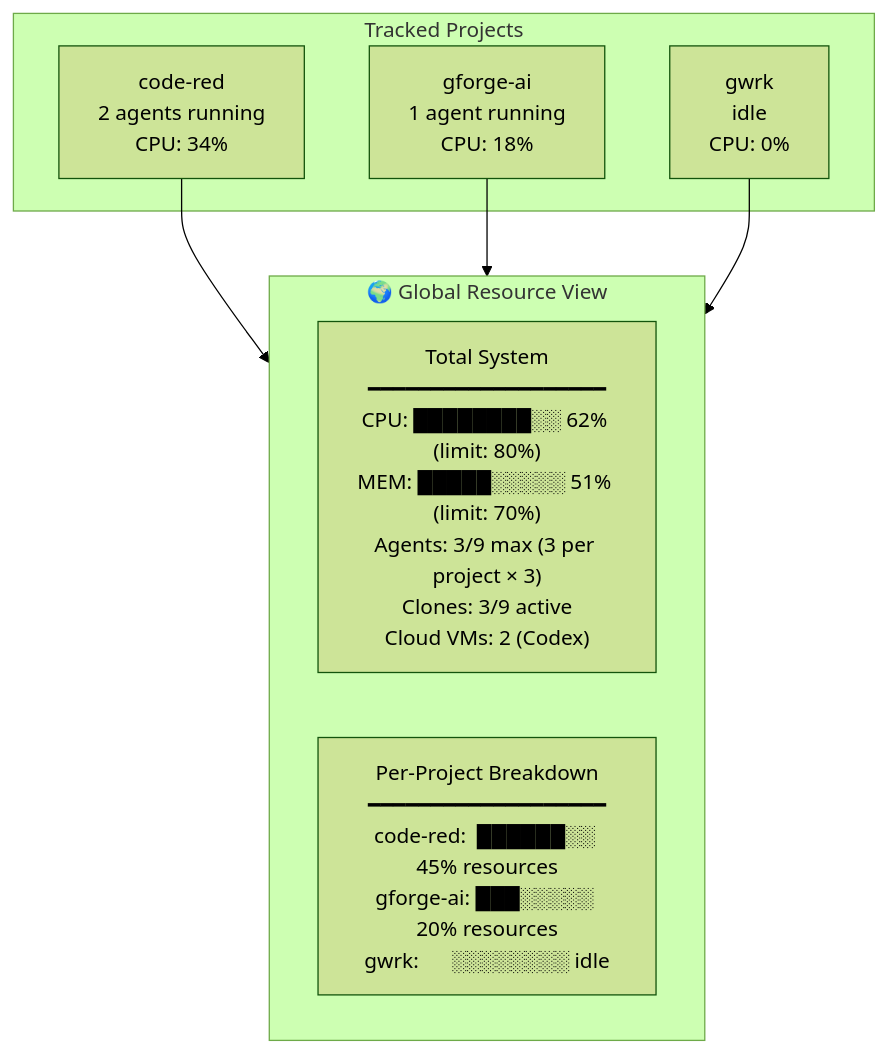
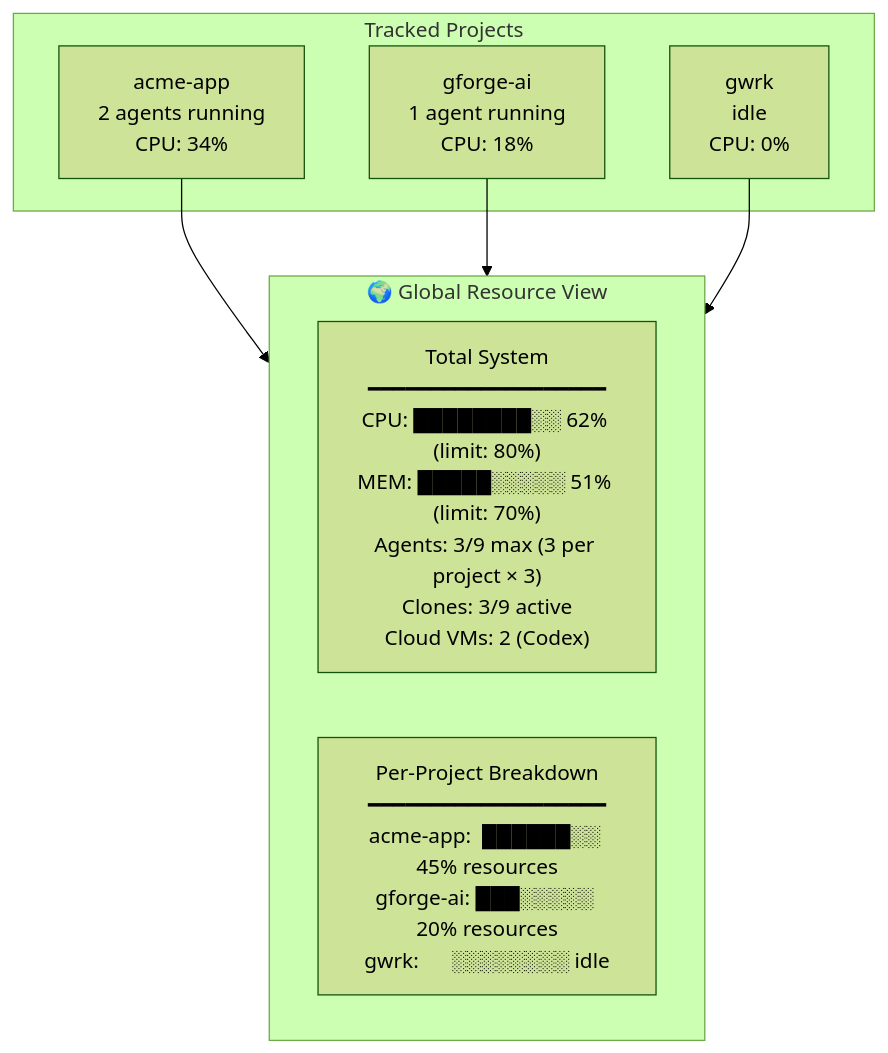
Diagram 12 of 12 in docs/reference/architecture-diagrams.md (gforge-esc/gwrk), drawn with Mermaid (forest theme) before and after one commit. The commit also changed 20 other files, not shown here.

Commit message:
chore: remove CodeRed from governance

````diff
--- a/docs/reference/architecture-diagrams.md
+++ b/docs/reference/architecture-diagrams.md
@@ -550,18 +550,18 @@
 ```mermaid
 flowchart TD
     subgraph PROJECTS["Tracked Projects"]
-        CR["code-red<br/>2 agents running<br/>CPU: 34%"]
+        CR["acme-app<br/>2 agents running<br/>CPU: 34%"]
         GF["gforge-ai<br/>1 agent running<br/>CPU: 18%"]
         GW["gwrk<br/>idle<br/>CPU: 0%"]
     end
 
     subgraph GLOBAL["🌍 Global Resource View"]
         TOTAL["Total System<br/>━━━━━━━━━━━━━━━━━━━<br/>CPU: ████████░░ 62% (limit: 80%)<br/>MEM: █████░░░░░ 51% (limit: 70%)<br/>Agents: 3/9 max (3 per project × 3)<br/>Clones: 3/9 active<br/>Cloud VMs: 2 (Codex)"]
         
-        BREAKDOWN["Per-Project Breakdown<br/>━━━━━━━━━━━━━━━━━━━<br/>code-red:  ██████░░ 45% resources<br/>gforge-ai: ███░░░░░ 20% resources<br/>gwrk:      ░░░░░░░░ idle"]
+        BREAKDOWN["Per-Project Breakdown<br/>━━━━━━━━━━━━━━━━━━━<br/>acme-app:  ██████░░ 45% resources<br/>gforge-ai: ███░░░░░ 20% resources<br/>gwrk:      ░░░░░░░░ idle"]
     end
 
     CR --> GLOBAL
     GF --> GLOBAL
     GW --> GLOBAL
 ```
````
